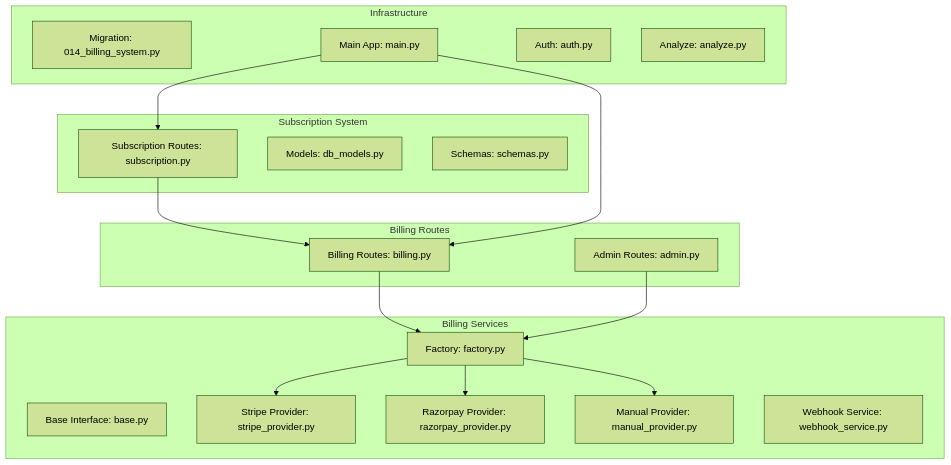
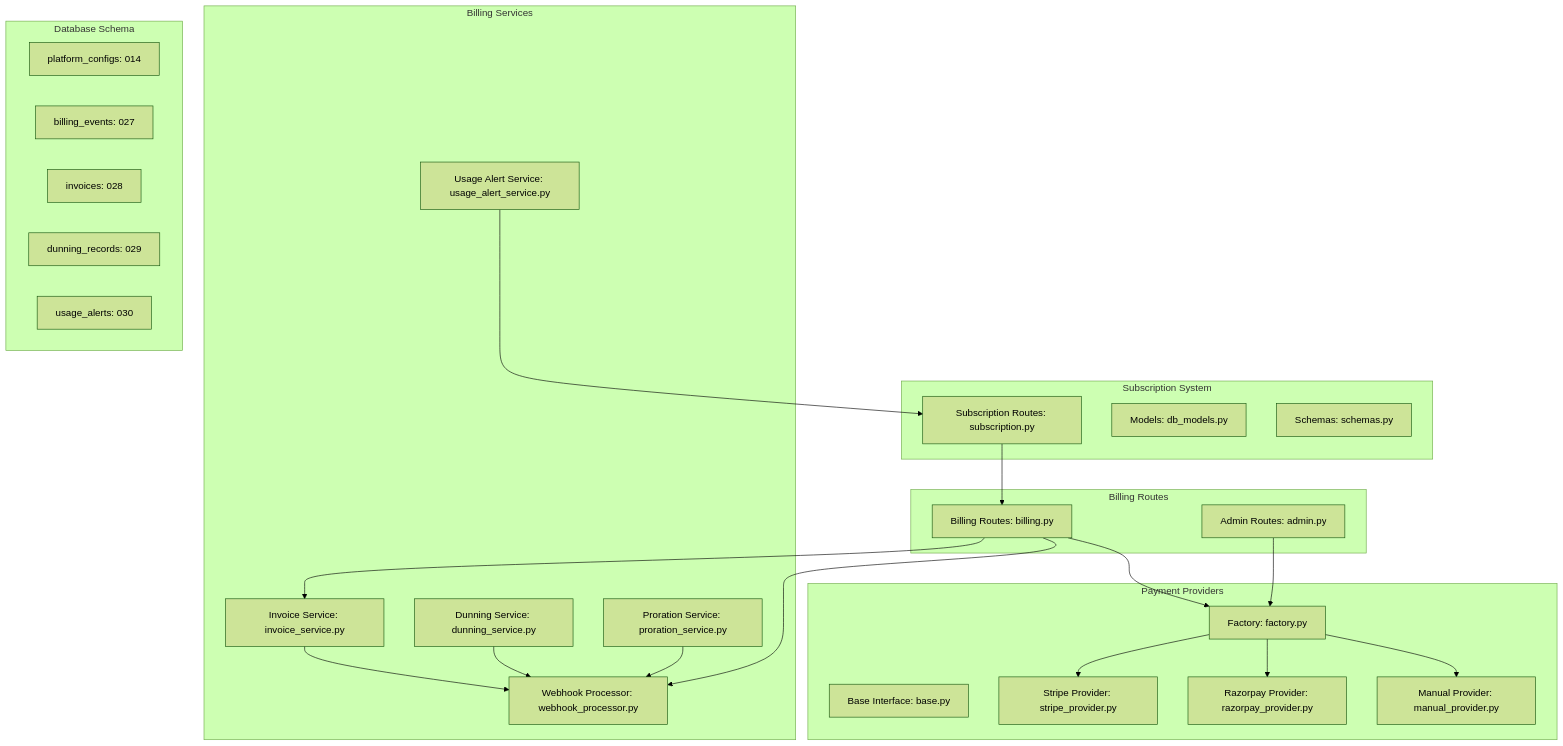
One commit to Revanththetalogics/aireume changed the first of 6 diagrams in .qoder/repowiki/en/content/API Reference/Subscription & Billing.md. Above: the diagram before and after it, drawn with Mermaid (forest theme). The commit also changed other lines of this file and 14 other files, not shown here.

````diff
--- a/.qoder/repowiki/en/content/API Reference/Subscription & Billing.md
+++ b/.qoder/repowiki/en/content/API Reference/Subscription & Billing.md
@@ -68,34 +78,45 @@
 ```mermaid
 graph TB
-subgraph "Billing Services"
+subgraph "Payment Providers"
 A["Factory: factory.py"]
 B["Base Interface: base.py"]
 C["Stripe Provider: stripe_provider.py"]
 D["Razorpay Provider: razorpay_provider.py"]
 E["Manual Provider: manual_provider.py"]
-F["Webhook Service: webhook_service.py"]
+end
+subgraph "Billing Services"
+F["Invoice Service: invoice_service.py"]
+G["Webhook Processor: webhook_processor.py"]
+H["Dunning Service: dunning_service.py"]
+I["Proration Service: proration_service.py"]
+J["Usage Alert Service: usage_alert_service.py"]
 end
 subgraph "Billing Routes"
-G["Billing Routes: billing.py"]
-H["Admin Routes: admin.py"]
+K["Billing Routes: billing.py"]
+L["Admin Routes: admin.py"]
 end
 subgraph "Subscription System"
-I["Subscription Routes: subscription.py"]
-J["Models: db_models.py"]
-K["Schemas: schemas.py"]
+M["Subscription Routes: subscription.py"]
+N["Models: db_models.py"]
+O["Schemas: schemas.py"]
 end
-subgraph "Infrastructure"
-L["Migration: 014_billing_system.py"]
-M["Main App: main.py"]
-N["Auth: auth.py"]
-O["Analyze: analyze.py"]
+subgraph "Database Schema"
+P["platform_configs: 014"]
+Q["billing_events: 027"]
+R["invoices: 028"]
+S["dunning_records: 029"]
+T["usage_alerts: 030"]
 end
 A --> C
 A --> D
 A --> E
-G --> A
-H --> A
+F --> G
+H --> G
 I --> G
-M --> G
-M --> I
+J --> M
+K --> A
+K --> F
+K --> G
+L --> A
+M --> K
 ```
````
